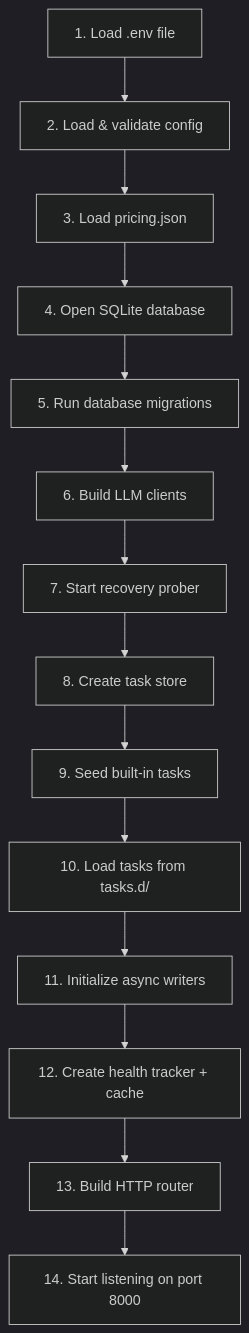
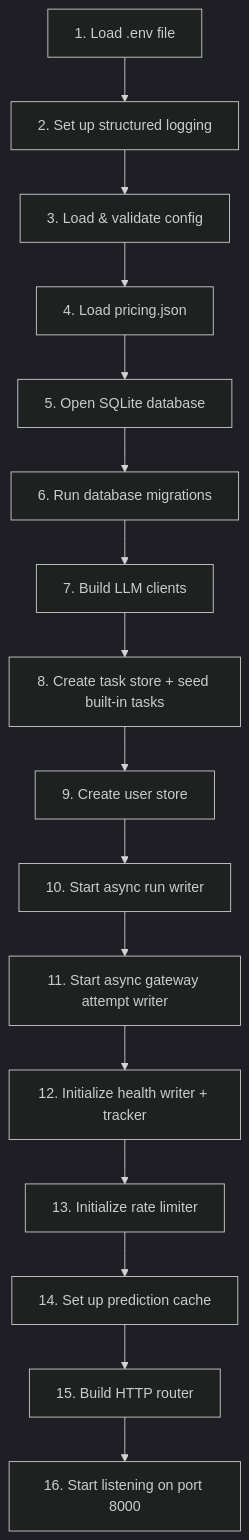
The diagram in llm_platform_go/docs/01-server-startup.md (Anushka-meesho/llm_platform), drawn with Mermaid (dark theme) before and after one commit. The commit also changed other lines of this file and 28 other files, not shown here.

````diff
--- a/llm_platform_go/docs/01-server-startup.md
+++ b/llm_platform_go/docs/01-server-startup.md
@@ -16,16 +16,18 @@
 ```mermaid
 flowchart TD
-    A[1. Load .env file] --> B[2. Load & validate config]
-    B --> C[3. Load pricing.json]
-    C --> D[4. Open SQLite database]
-    D --> E[5. Run database migrations]
-    E --> F[6. Build LLM clients]
-    F --> G[7. Start recovery prober]
-    G --> H[8. Create task store]
-    H --> I[9. Seed built-in tasks]
-    I --> J[10. Load tasks from tasks.d/]
-    J --> K[11. Initialize async writers]
-    K --> L[12. Create health tracker + cache]
-    L --> M[13. Build HTTP router]
-    M --> N[14. Start listening on port 8000]
+    A[1. Load .env file] --> B[2. Set up structured logging]
+    B --> C[3. Load & validate config]
+    C --> D[4. Load pricing.json]
+    D --> E[5. Open SQLite database]
+    E --> F[6. Run database migrations]
+    F --> G[7. Build LLM clients]
+    G --> H[8. Create task store + seed built-in tasks]
+    H --> I[9. Create user store]
+    I --> J[10. Start async run writer]
+    J --> K[11. Start async gateway attempt writer]
+    K --> L[12. Initialize health writer + tracker]
+    L --> M[13. Initialize rate limiter]
+    M --> N[14. Set up prediction cache]
+    N --> O[15. Build HTTP router]
+    O --> P[16. Start listening on port 8000]
 ```
````
